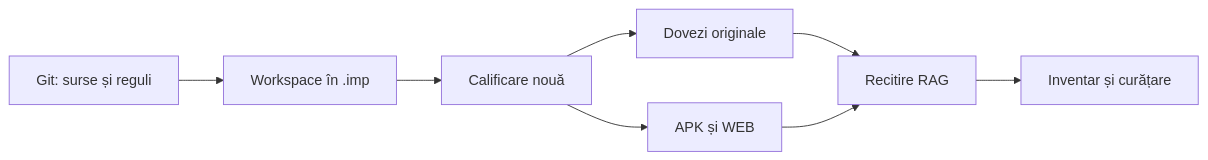
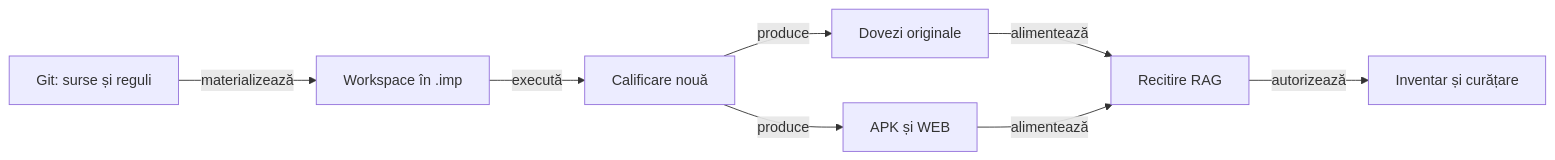
One commit to crististefanita/atf_j5 changed the diagram in docs/rentz/ATF_Retention.md. Above: the diagram before and after it, drawn with Mermaid. The commit also changed other lines of this file and 1 other file, not shown here.

Commit message:
Align retention and public publication guides with documentation governance

````diff
--- a/docs/rentz/ATF_Retention.md
+++ b/docs/rentz/ATF_Retention.md
@@ -7,10 +7,10 @@
 ```mermaid
 flowchart LR
-    G["Git: surse și reguli"] --> W["Workspace în .imp"]
-    W --> Q["Calificare nouă"]
-    Q --> E["Dovezi originale"]
-    Q --> D["APK și WEB"]
-    E --> R["Recitire RAG"]
-    D --> R
-    R --> C["Inventar și curățare"]
+    G["Git: surse și reguli"] -->|materializează| W["Workspace în .imp"]
+    W -->|execută| Q["Calificare nouă"]
+    Q -->|produce| E["Dovezi originale"]
+    Q -->|produce| D["APK și WEB"]
+    E -->|alimentează| R["Recitire RAG"]
+    D -->|alimentează| R
+    R -->|autorizează| C["Inventar și curățare"]
 ```
````
